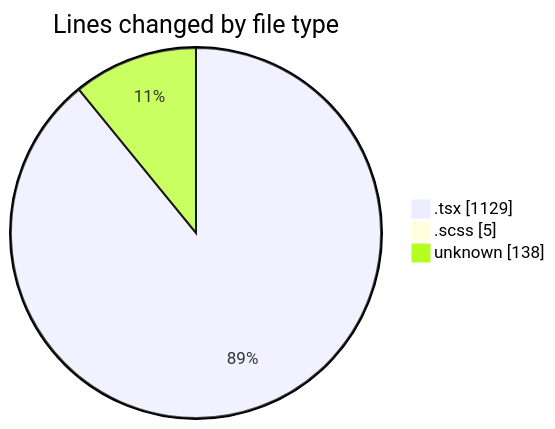
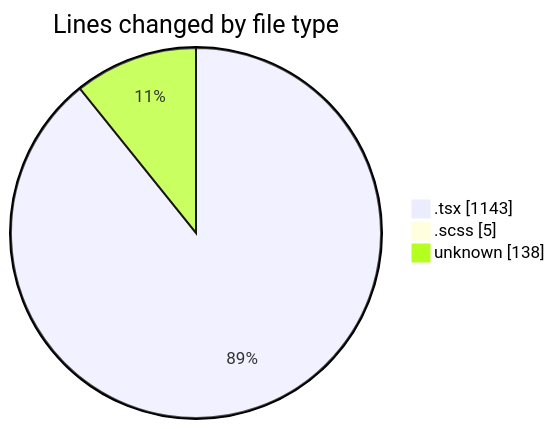
Before and after one commit to momahboobian/code-tracking: the first of 2 diagrams in 2026-10-13/cda/README.md, drawn with Mermaid. The commit also changed other lines of this file and 1 other file, not shown here.

````diff
--- a/2026-10-13/cda/README.md
+++ b/2026-10-13/cda/README.md
@@ -30,7 +30,7 @@
 ```mermaid
 pie showData
 title Lines changed by file type
-".tsx" : 1129
+".tsx" : 1143
 ".scss" : 5
 "unknown" : 138
 ```
````
